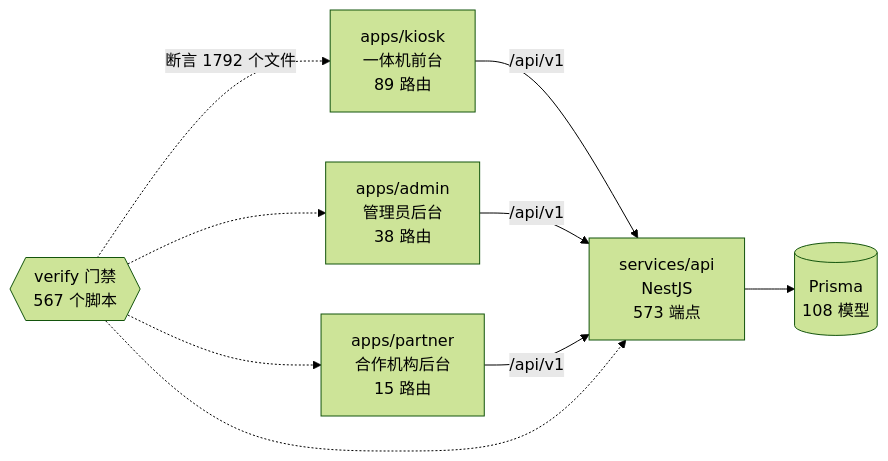
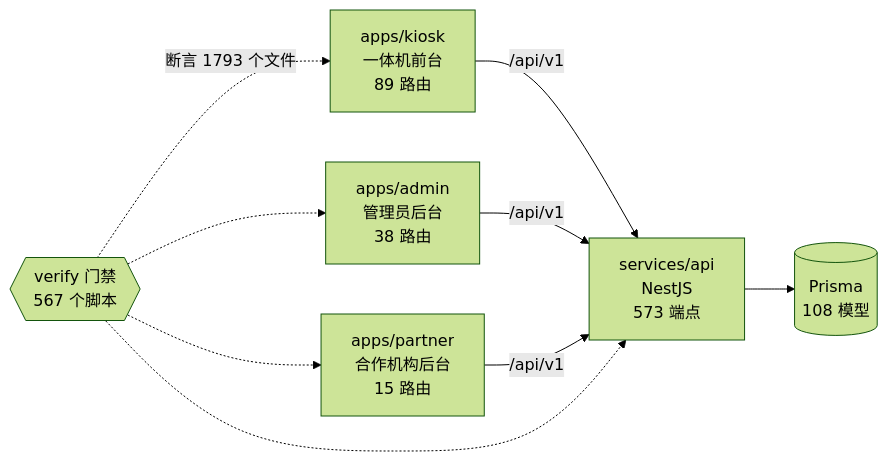
The diagram in docs/graph/README.md (wanglei581/YITIJI), drawn with Mermaid (forest theme) before and after one commit. The commit also changed other lines of this file and 4 other files, not shown here.

````diff
--- a/docs/graph/README.md
+++ b/docs/graph/README.md
@@ -68,18 +68,18 @@
 ```mermaid
 flowchart LR
   kiosk["apps/kiosk<br/>一体机前台<br/>89 路由"]
   admin["apps/admin<br/>管理员后台<br/>38 路由"]
   partner["apps/partner<br/>合作机构后台<br/>15 路由"]
   api["services/api<br/>NestJS<br/>573 端点"]
   db[("Prisma<br/>108 模型")]
   gates{{"verify 门禁<br/>567 个脚本"}}
 
   kiosk -->|"/api/v1"| api
   admin -->|"/api/v1"| api
   partner -->|"/api/v1"| api
   api --> db
-  gates -.->|"断言 1792 个文件"| kiosk
+  gates -.->|"断言 1793 个文件"| kiosk
   gates -.-> admin
   gates -.-> partner
   gates -.-> api
 ```
````
